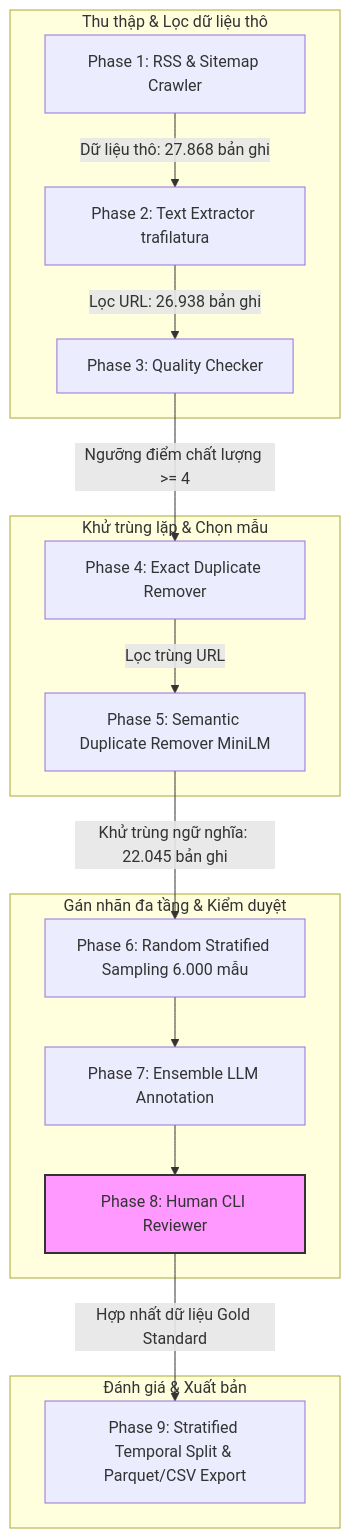
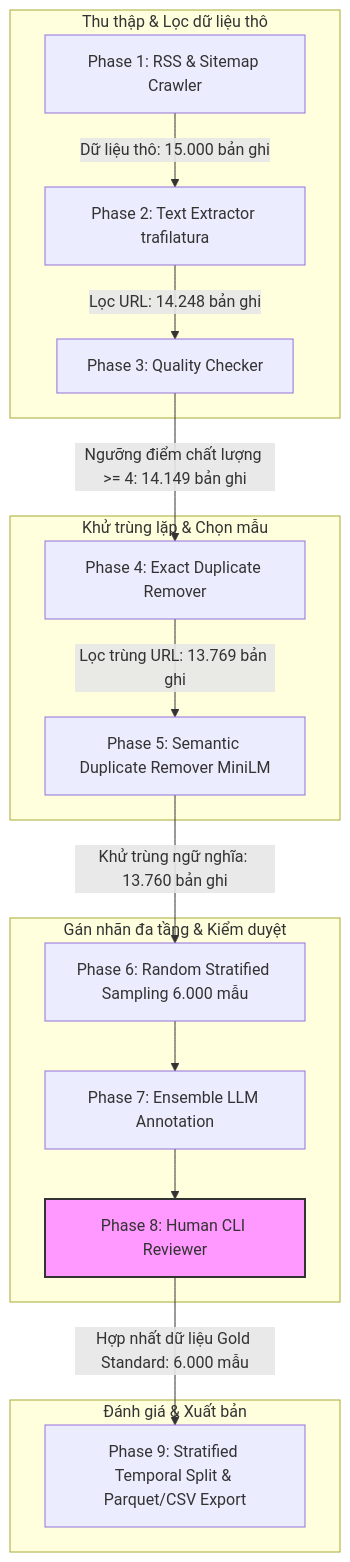
The second of 2 diagrams in README.md (Tnghuy/DS108-Clickbait), drawn with Mermaid before and after one commit.

````diff
--- a/README.md
+++ b/README.md
@@ -127,20 +127,20 @@
 ```mermaid
 flowchart TD
     subgraph Thu thập & Lọc dữ liệu thô
-        P1[Phase 1: RSS & Sitemap Crawler] -->|Dữ liệu thô: 27.868 bản ghi| P2[Phase 2: Text Extractor trafilatura]
-        P2 -->|Lọc URL: 26.938 bản ghi| P3[Phase 3: Quality Checker]
+        P1[Phase 1: RSS & Sitemap Crawler] -->|Dữ liệu thô: 15.000 bản ghi| P2[Phase 2: Text Extractor trafilatura]
+        P2 -->|Lọc URL: 14.248 bản ghi| P3[Phase 3: Quality Checker]
     end
     subgraph Khử trùng lặp & Chọn mẫu
-        P3 -->|Ngưỡng điểm chất lượng >= 4| P4[Phase 4: Exact Duplicate Remover]
-        P4 -->|Lọc trùng URL| P5[Phase 5: Semantic Duplicate Remover MiniLM]
+        P3 -->|Ngưỡng điểm chất lượng >= 4: 14.149 bản ghi| P4[Phase 4: Exact Duplicate Remover]
+        P4 -->|Lọc trùng URL: 13.769 bản ghi| P5[Phase 5: Semantic Duplicate Remover MiniLM]
     end
     subgraph Gán nhãn đa tầng & Kiểm duyệt
-        P5 -->|Khử trùng ngữ nghĩa: 22.045 bản ghi| P6[Phase 6: Random Stratified Sampling 6.000 mẫu]
+        P5 -->|Khử trùng ngữ nghĩa: 13.760 bản ghi| P6[Phase 6: Random Stratified Sampling 6.000 mẫu]
         P6 --> P7[Phase 7: Ensemble LLM Annotation]
         P7 --> P8[Phase 8: Human CLI Reviewer]
     end
     subgraph Đánh giá & Xuất bản
-        P8 -->|Hợp nhất dữ liệu Gold Standard| P9[Phase 9: Stratified Temporal Split & Parquet/CSV Export]
+        P8 -->|Hợp nhất dữ liệu Gold Standard: 6.000 mẫu| P9[Phase 9: Stratified Temporal Split & Parquet/CSV Export]
     end
     style P8 fill:#f9f,stroke:#333,stroke-width:2px
 ```
````
